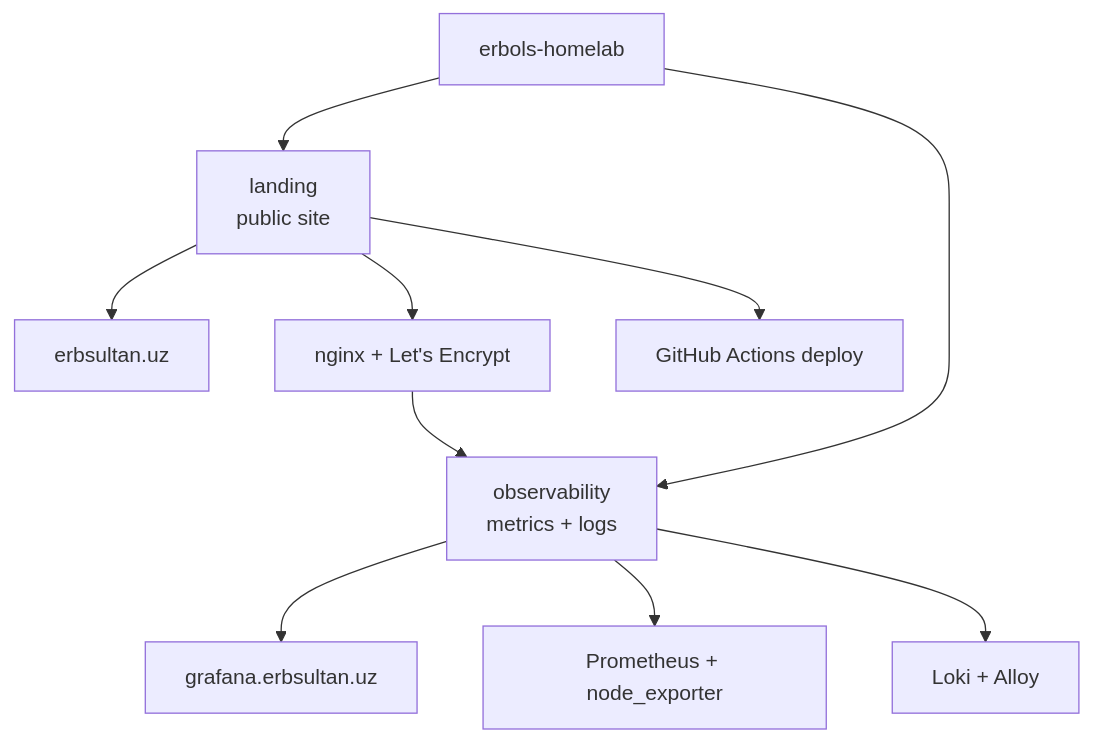
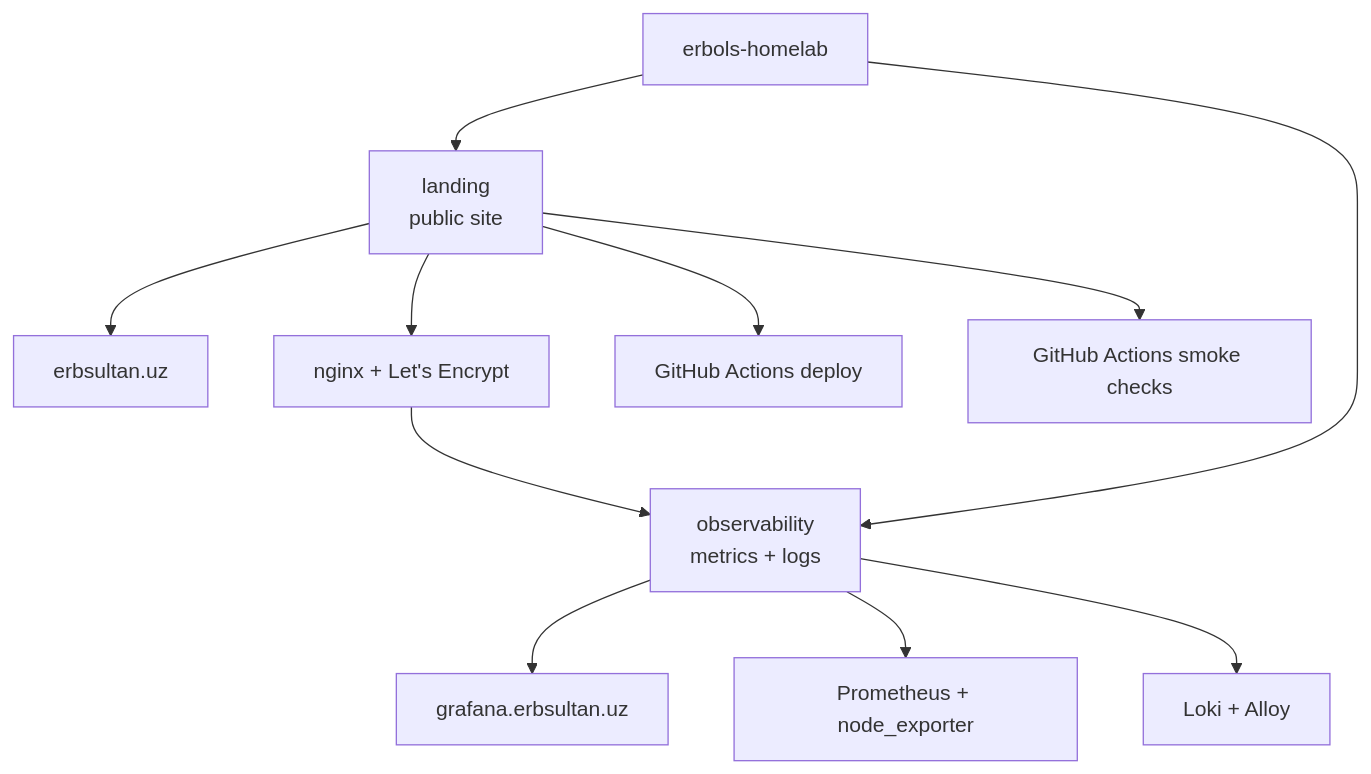
One commit to erbsultan/erbols-homelab changed the diagram in README.md. Above: the diagram before and after it, drawn with Mermaid. The commit also changed other lines of this file and 4 other files, not shown here.

Commit message:
Add public endpoint smoke checks

````diff
--- a/README.md
+++ b/README.md
@@ -25,15 +26,16 @@
 ```mermaid
 flowchart TD
     repo["erbols-homelab"] --> landing["landing<br/>public site"]
     repo --> obs["observability<br/>metrics + logs"]
 
     landing --> site["erbsultan.uz"]
     landing --> nginx["nginx + Let's Encrypt"]
     landing --> deploy["GitHub Actions deploy"]
+    landing --> smoke["GitHub Actions smoke checks"]
 
     obs --> grafana["grafana.erbsultan.uz"]
     obs --> prometheus["Prometheus + node_exporter"]
     obs --> loki["Loki + Alloy"]
 
     nginx --> obs
 ```
````
